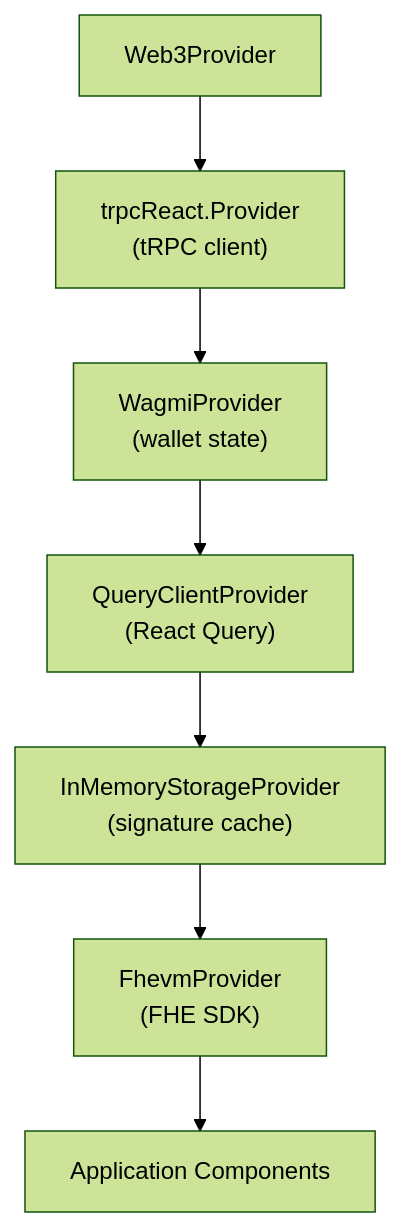
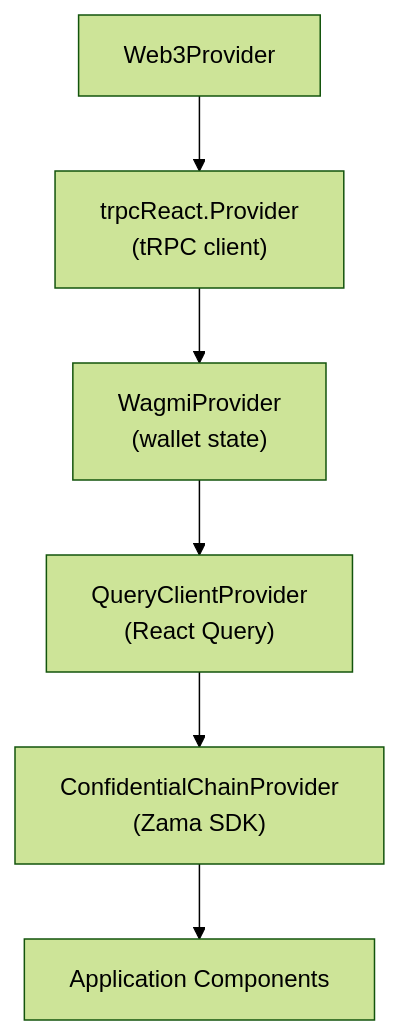
One commit to gustavovalverde/zentity changed the sixth of 9 diagrams in docs/(architecture)/web3-architecture.md. Above: the diagram before and after it, drawn with Mermaid (forest theme). The commit also changed other lines of this file and 87 other files, not shown here.

````diff
--- a/docs/(architecture)/web3-architecture.md
+++ b/docs/(architecture)/web3-architecture.md
@@ -311,9 +312,8 @@
 ```mermaid
 graph TD
   A["Web3Provider"] --> B["trpcReact.Provider\n(tRPC client)"]
   B --> C["WagmiProvider\n(wallet state)"]
   C --> D["QueryClientProvider\n(React Query)"]
-  D --> E["InMemoryStorageProvider\n(signature cache)"]
-  E --> F["FhevmProvider\n(FHE SDK)"]
-  F --> G["Application Components"]
+  D --> E["ConfidentialChainProvider\n(Zama SDK)"]
+  E --> F["Application Components"]
 ```
````
